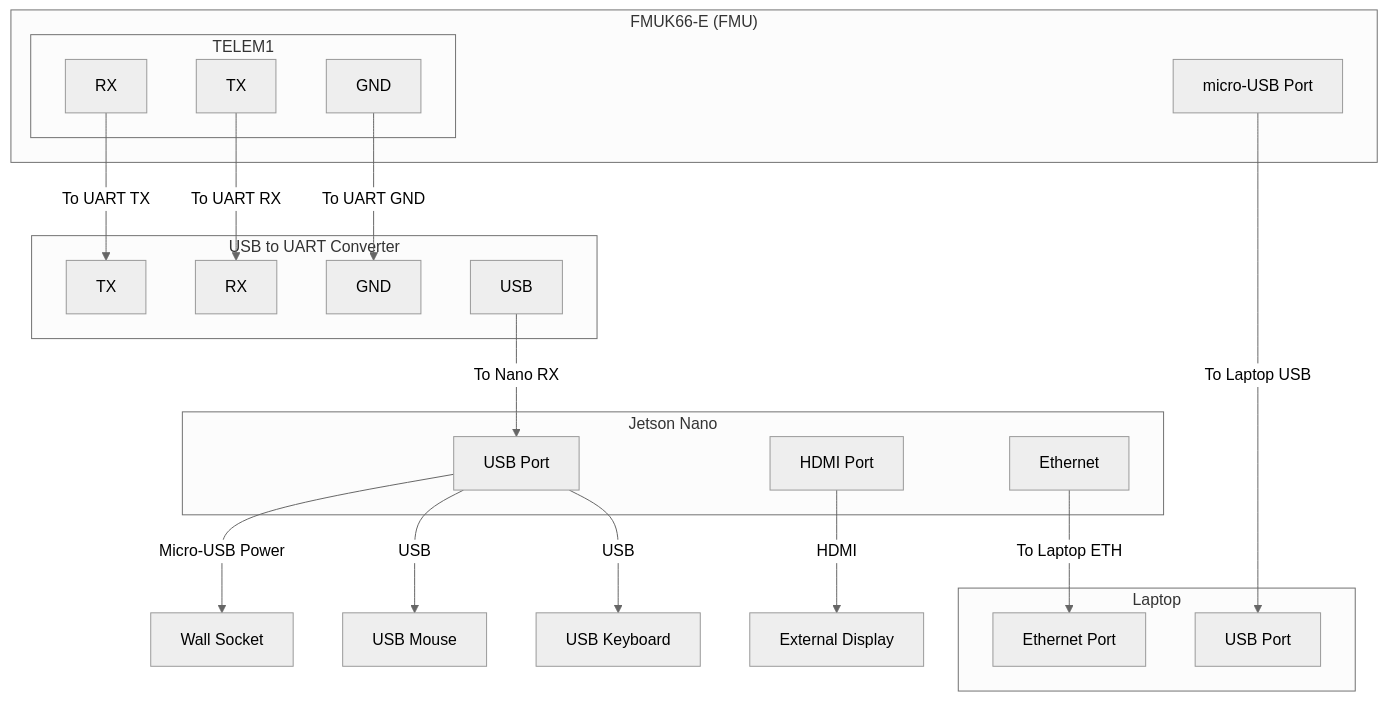
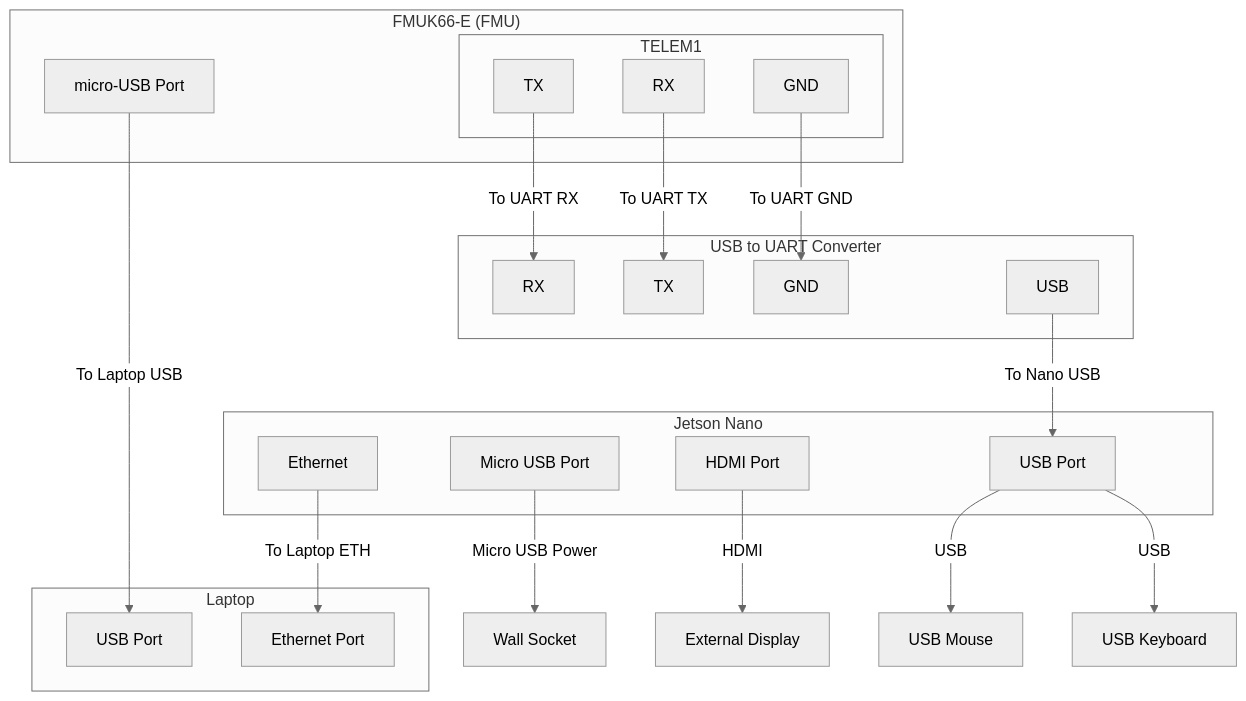
One commit to hmakelin/gisnav changed the diagram in docs/pages/developer_guide/hil/jetson_pixhawk.rst. Above: the diagram before and after it, drawn with Mermaid (neutral theme).

Commit message:
Add micro USB port to Jetson Nano

```diff
--- a/docs/pages/developer_guide/hil/jetson_pixhawk.rst
+++ b/docs/pages/developer_guide/hil/jetson_pixhawk.rst
@@ -49,40 +49,41 @@
         .. mermaid::
 
           graph TB
             subgraph "FMUK66-E (FMU)"
                 subgraph "TELEM1"
                     FMU_TELEM1_RX[RX]
                     FMU_TELEM1_TX[TX]
                     FMU_TELEM1_GND[GND]
                 end
                 FMU_USB[micro-USB Port]
             end
             subgraph "Laptop"
                 Laptop_USB[USB Port]
                 Laptop_ETH[Ethernet Port]
             end
             subgraph "Jetson Nano"
                 Nano_USB[USB Port]
+                Nano_micro_USB[Micro USB Port]
                 Nano_HDMI[HDMI Port]
                 Nano_ETH[Ethernet]
             end
             subgraph "USB to UART Converter"
                 Converter_RX[RX]
                 Converter_TX[TX]
                 Converter_GND[GND]
                 Converter_USB[USB]
             end
             Socket[Wall Socket]
             Display[External Display]
             Mouse[USB Mouse]
             Keyboard[USB Keyboard]
             FMU_TELEM1_TX -->|To UART RX| Converter_RX
             FMU_TELEM1_RX -->|To UART TX| Converter_TX
             FMU_TELEM1_GND -->|To UART GND| Converter_GND
             FMU_USB -->|To Laptop USB| Laptop_USB
-            Converter_USB -->|To Nano RX| Nano_USB
-            Nano_USB -->|Micro-USB Power| Socket
+            Converter_USB -->|To Nano USB| Nano_USB
+            Nano_micro_USB -->|Micro USB Power| Socket
             Nano_HDMI -->|HDMI| Display
             Nano_USB -->|USB| Mouse
             Nano_USB -->|USB| Keyboard
             Nano_ETH -->|To Laptop ETH| Laptop_ETH
```
